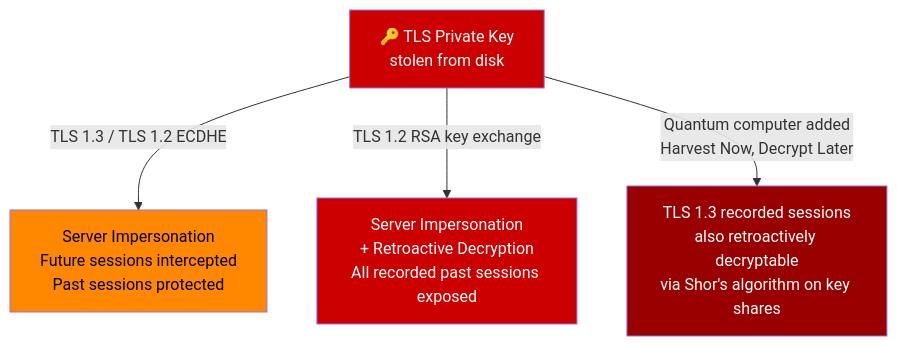
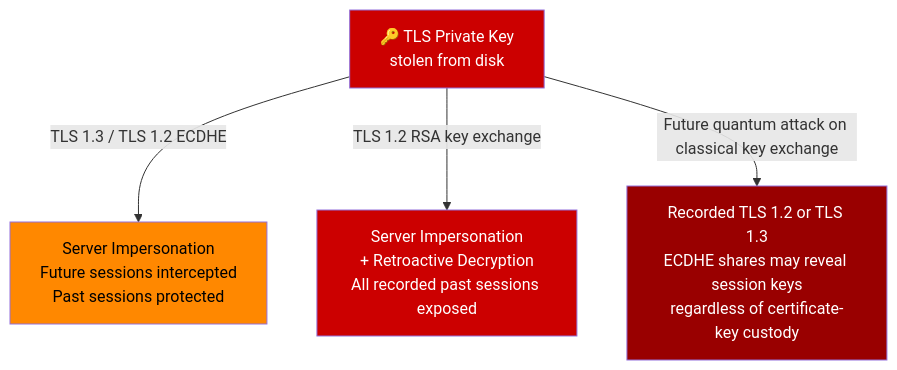
Before and after one commit to subodhpatil/suubodhpatil.github.io: the first of 5 diagrams in _posts/2026-07-15-why-tls-private-keys-must-never-live-on-web-server.md, drawn with Mermaid. The commit also changed other lines of this file and 4 other files, not shown here.

Commit message:
Publish TLS and post-quantum article series

````diff
--- a/_posts/2026-07-15-why-tls-private-keys-must-never-live-on-web-server.md
+++ b/_posts/2026-07-15-why-tls-private-keys-must-never-live-on-web-server.md
@@ -130,13 +130,13 @@
 ```mermaid
 flowchart TD
     PK["🔑 TLS Private Key\nstolen from disk"]
 
     PK -->|TLS 1.3 / TLS 1.2 ECDHE| A["Server Impersonation\nFuture sessions intercepted\nPast sessions protected"]
     PK -->|TLS 1.2 RSA key exchange| B["Server Impersonation\n+ Retroactive Decryption\nAll recorded past sessions exposed"]
-    PK -->|Quantum computer added\nHarvest Now, Decrypt Later| C["TLS 1.3 recorded sessions\nalso retroactively decryptable\nvia Shor's algorithm on key shares"]
+    PK -->|Future quantum attack on classical key exchange| C["Recorded TLS 1.2 or TLS 1.3\nECDHE shares may reveal session keys\nregardless of certificate-key custody"]
 
     style PK fill:#c00,color:#fff
     style A fill:#f80,color:#000
     style B fill:#c00,color:#fff
     style C fill:#900,color:#fff
 ```
````
